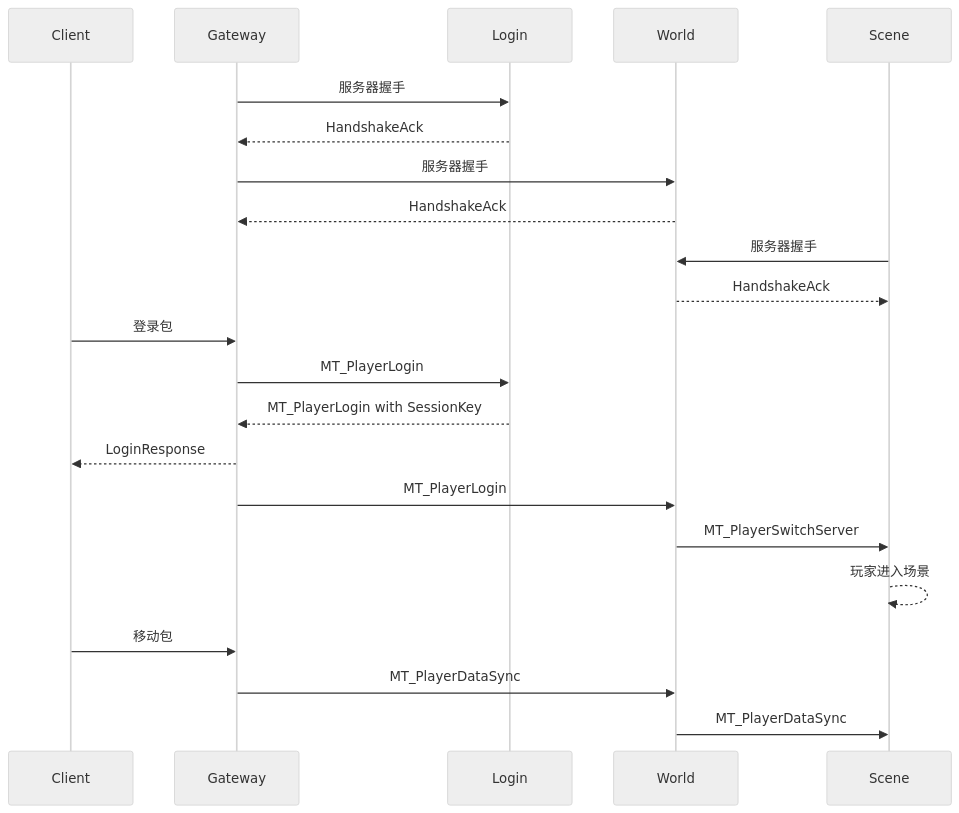
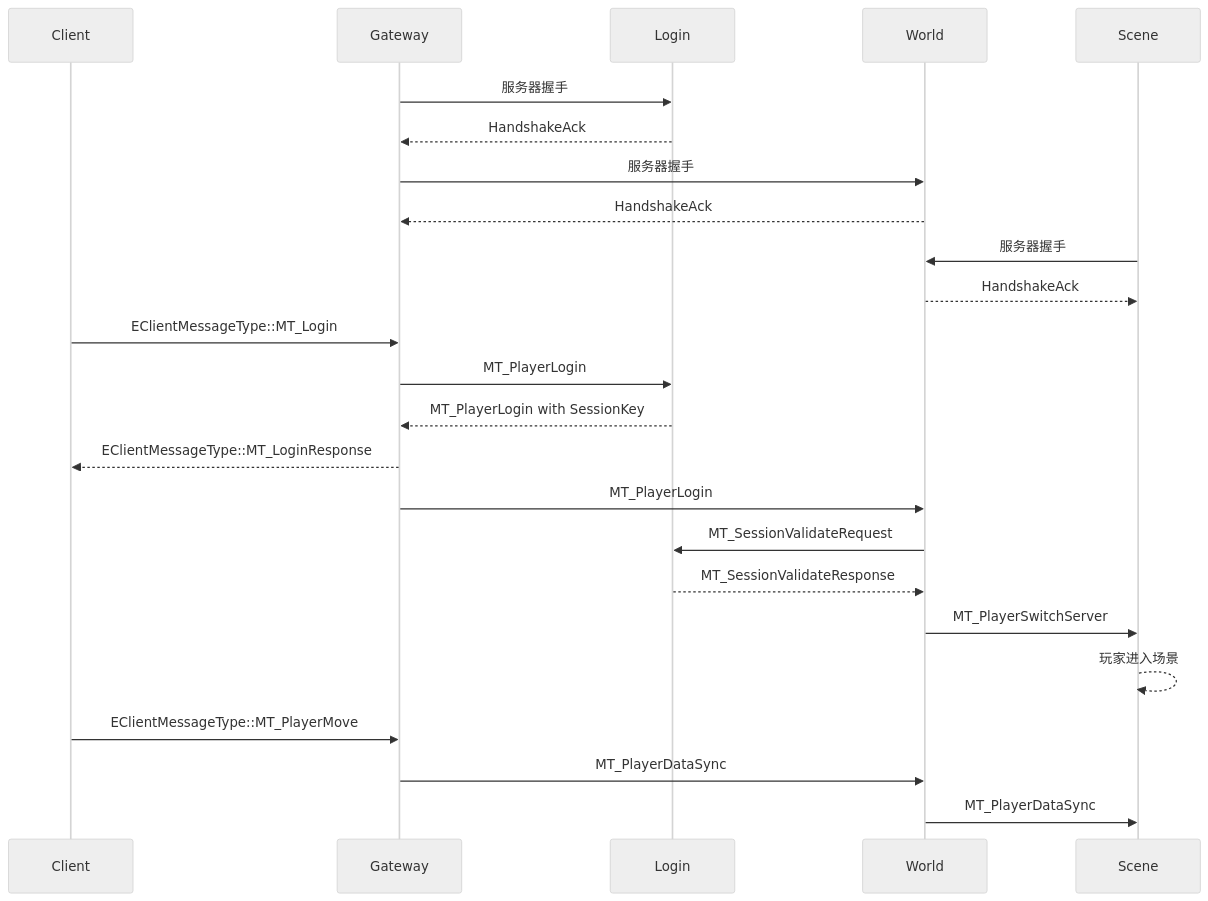
Before and after one commit to lz1287209575/Mession: the third of 7 diagrams in README.md, drawn with Mermaid (neutral theme). The commit also changed other lines of this file, not shown here.

````diff
--- a/README.md
+++ b/README.md
@@ -115,30 +115,32 @@
 ```mermaid
 sequenceDiagram
     participant Client
     participant Gateway
     participant Login
     participant World
     participant Scene
 
     Gateway->>Login: 服务器握手
     Login-->>Gateway: HandshakeAck
 
     Gateway->>World: 服务器握手
     World-->>Gateway: HandshakeAck
 
     Scene->>World: 服务器握手
     World-->>Scene: HandshakeAck
 
-    Client->>Gateway: 登录包
+    Client->>Gateway: EClientMessageType::MT_Login
     Gateway->>Login: MT_PlayerLogin
     Login-->>Gateway: MT_PlayerLogin with SessionKey
-    Gateway-->>Client: LoginResponse
+    Gateway-->>Client: EClientMessageType::MT_LoginResponse
     Gateway->>World: MT_PlayerLogin
+    World->>Login: MT_SessionValidateRequest
+    Login-->>World: MT_SessionValidateResponse
 
     World->>Scene: MT_PlayerSwitchServer
     Scene-->>Scene: 玩家进入场景
 
-    Client->>Gateway: 移动包
+    Client->>Gateway: EClientMessageType::MT_PlayerMove
     Gateway->>World: MT_PlayerDataSync
     World->>Scene: MT_PlayerDataSync
 ```
````
